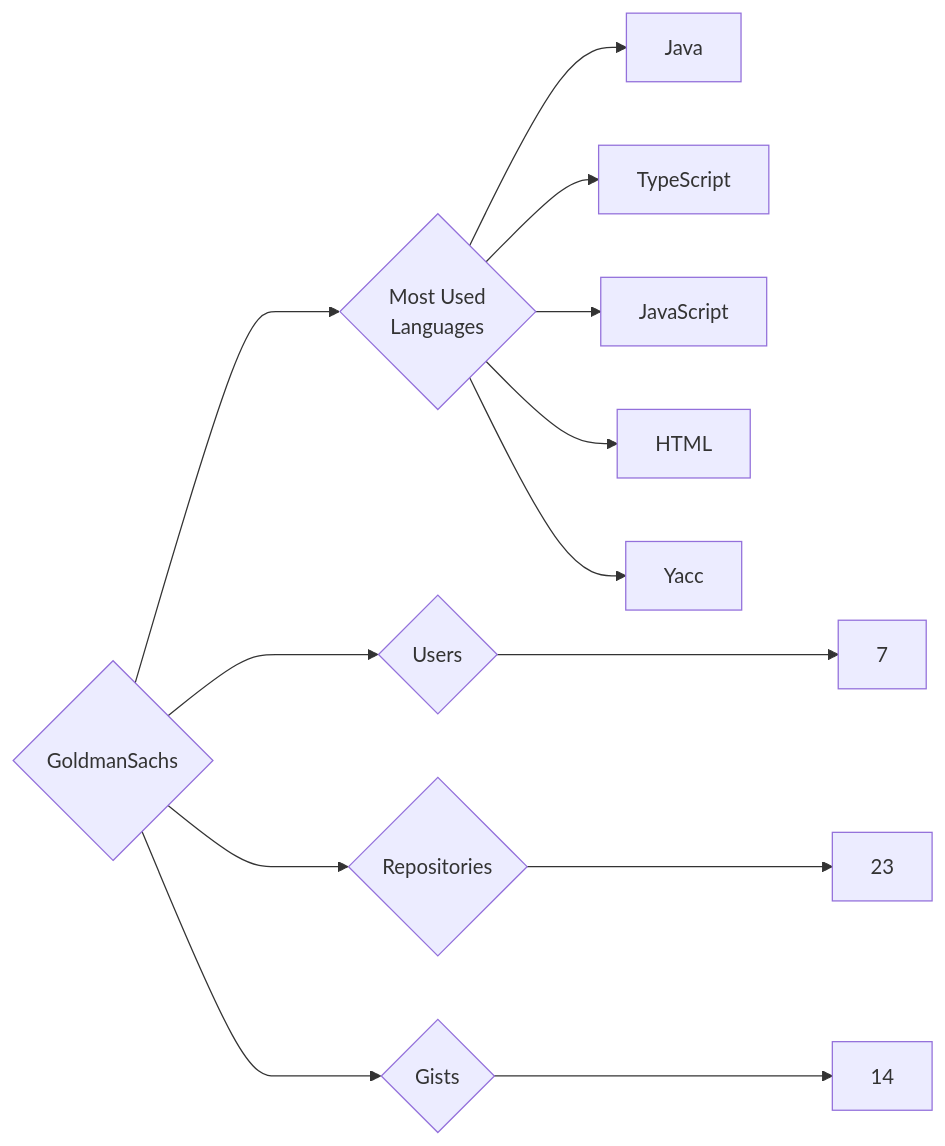
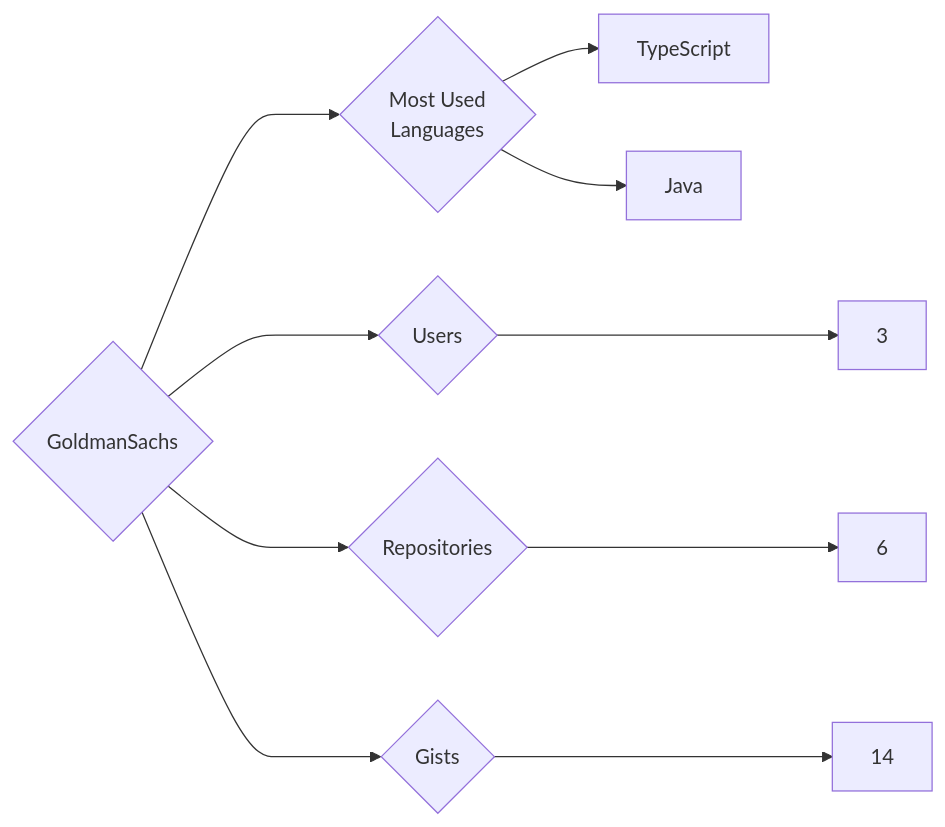
Before and after one commit to trickest/insiders: the diagram in targets/GoldmanSachs/README.md, drawn with Mermaid. The commit also changed 559 other files, not shown here.

````diff
--- a/targets/GoldmanSachs/README.md
+++ b/targets/GoldmanSachs/README.md
@@ -3,13 +3,10 @@
 ```mermaid
 graph LR
 COMPANY_NAME{GoldmanSachs}
-COMPANY_NAME ---> U{Users} ---> UN[7]
-COMPANY_NAME ---> R{Repositories} ---> RN[23]
+COMPANY_NAME ---> U{Users} ---> UN[3]
+COMPANY_NAME ---> R{Repositories} ---> RN[6]
 COMPANY_NAME ---> G{Gists} ---> GN[14]
 COMPANY_NAME ---> ML{Most Used<br>Languages}
+ML --> TypeScript[TypeScript]
 ML --> Java[Java]
-ML --> TypeScript[TypeScript]
-ML --> JavaScript[JavaScript]
-ML --> HTML[HTML]
-ML --> Yacc[Yacc]
 ```
````
